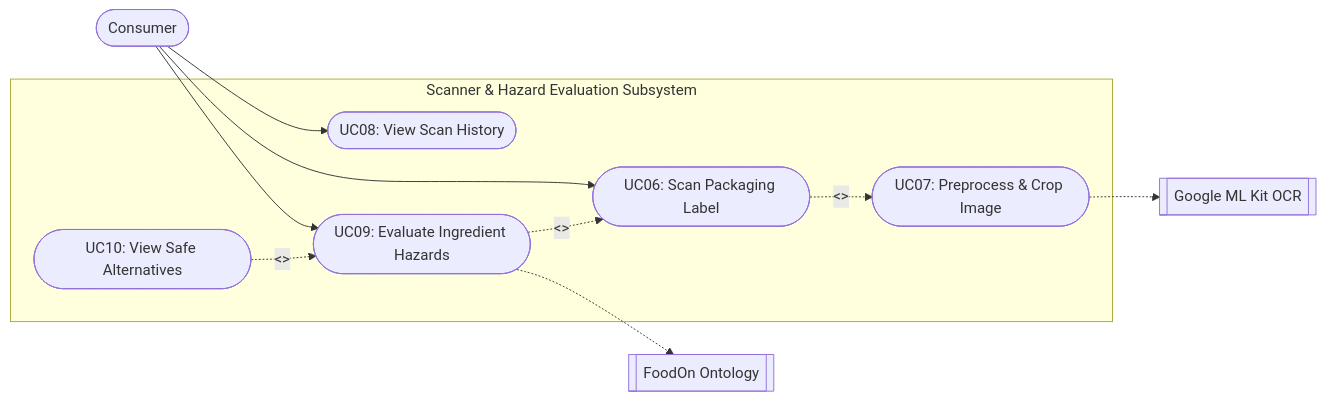
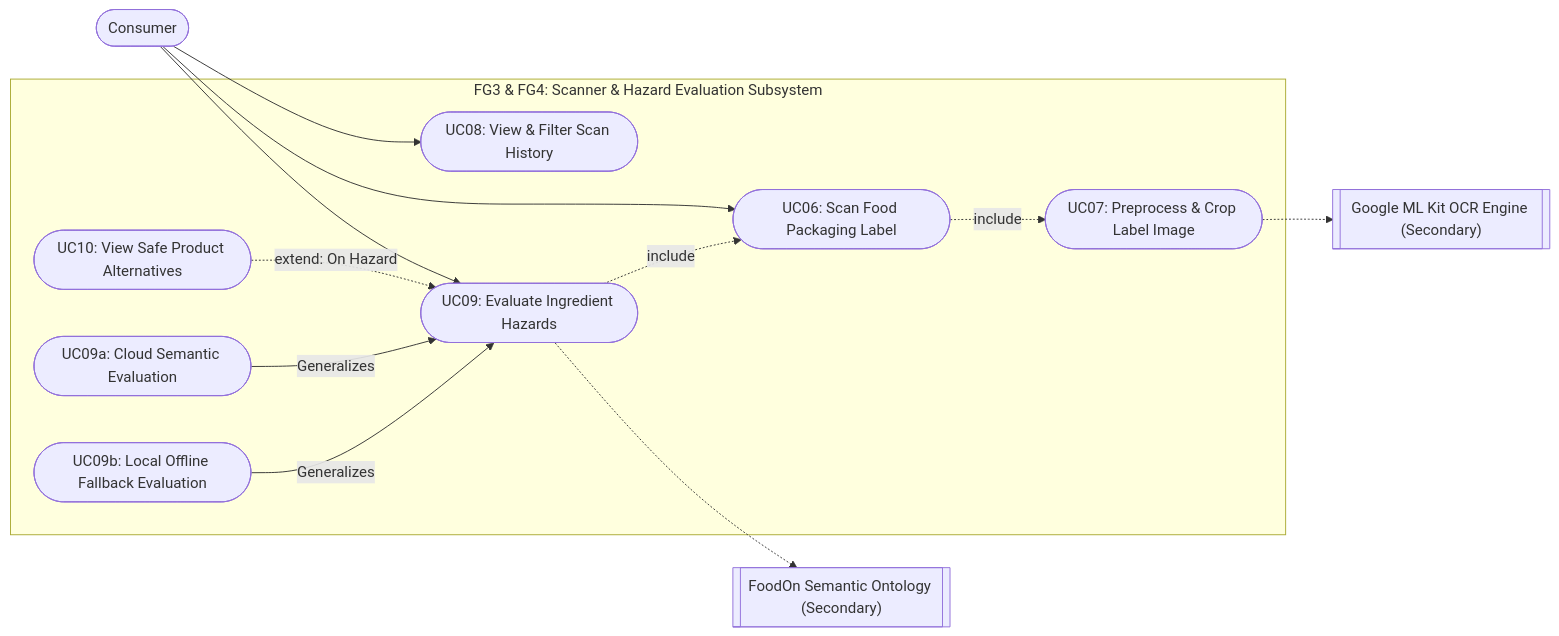
Before and after one commit to cornne/NutriViet_CNPM: the third of 5 diagrams in docs/requirements/use-cases.md, drawn with Mermaid. The commit also changed other lines of this file and 176 other files, not shown here.

````diff
--- a/docs/requirements/use-cases.md
+++ b/docs/requirements/use-cases.md
@@ -149,24 +181,33 @@
 ```mermaid
 flowchart LR
     Consumer(["Consumer"])
-    MLKit[["Google ML Kit OCR"]]
-    FoodOn[["FoodOn Ontology"]]
+    MLKit[["Google ML Kit OCR Engine (Secondary)"]]
+    FoodOn[["FoodOn Semantic Ontology (Secondary)"]]
 
-    subgraph Scanner_Alert ["Scanner & Hazard Evaluation Subsystem"]
-        UC06(["UC06: Scan Packaging Label"])
-        UC07(["UC07: Preprocess & Crop Image"])
-        UC08(["UC08: View Scan History"])
+    subgraph Scanner_Hazard ["FG3 & FG4: Scanner & Hazard Evaluation Subsystem"]
+        UC06(["UC06: Scan Food Packaging Label"])
+        UC07(["UC07: Preprocess & Crop Label Image"])
+        UC08(["UC08: View & Filter Scan History"])
         UC09(["UC09: Evaluate Ingredient Hazards"])
-        UC10(["UC10: View Safe Alternatives"])
+        UC09a(["UC09a: Cloud Semantic Evaluation"])
+        UC09b(["UC09b: Local Offline Fallback Evaluation"])
+        UC10(["UC10: View Safe Product Alternatives"])
     end
 
     Consumer --> UC06
     Consumer --> UC08
     Consumer --> UC09
 
-    UC06 -. "<<include>>" .-> UC07
+    %% Include Relationships
+    UC06 -.->|include| UC07
     UC07 -.-> MLKit
-    UC09 -. "<<include>>" .-> UC06
+    UC09 -.->|include| UC06
     UC09 -.-> FoodOn
-    UC10 -. "<<extend>>" .-> UC09
+
+    %% Extend Relationship
+    UC10 -.->|extend: On Hazard| UC09
+
+    %% Use Case Generalizations
+    UC09a -->|Generalizes| UC09
+    UC09b -->|Generalizes| UC09
 ```
````
